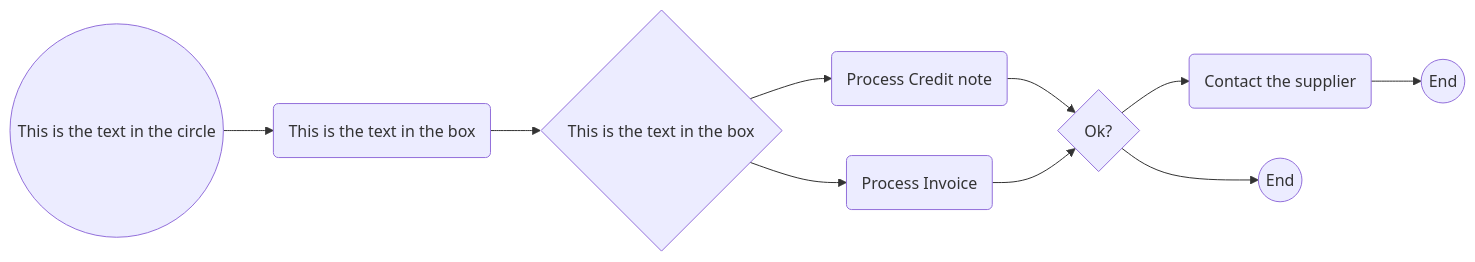
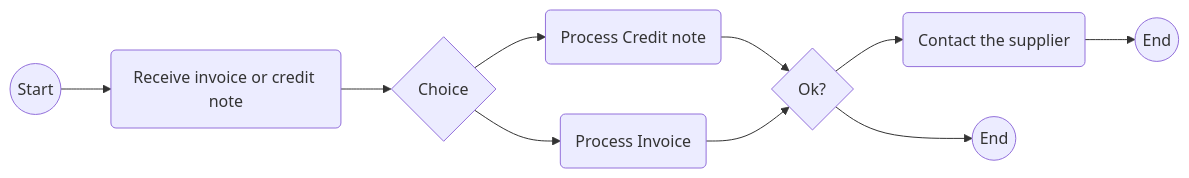
Before and after one commit to peppolautoriteit-nl/Invoice-Processes-Draft: the third of 3 diagrams in Invoice_to_Payment_Process/Invoice_to_Payment_Process.md, drawn with Mermaid. The commit also changed other lines of this file, not shown here.

````diff
--- a/Invoice_to_Payment_Process/Invoice_to_Payment_Process.md
+++ b/Invoice_to_Payment_Process/Invoice_to_Payment_Process.md
@@ -63,12 +55,12 @@
 ```mermaid
 graph LR
-    A((This is the text in the circle))-->B(This is the text in the box)
-    B-->C{This is the text in the box}
-    C-->D(Process Credit note)
-    C-->E(Process Invoice)
-    D-->F{Ok?}
-    E-->F
-    F-->G(Contact the supplier)
-    G-->H((End))
-    F-->I((End))
+	A((Start))-->B(Receive invoice or credit note)
+	B-->C{Choice}
+	C-->D(Process Credit note)
+	C-->E(Process Invoice)
+	D-->F{Ok?}
+	E-->F
+	F-->G(Contact the supplier)
+	G-->H((End))
+	F-->I((End))
 ```
````
